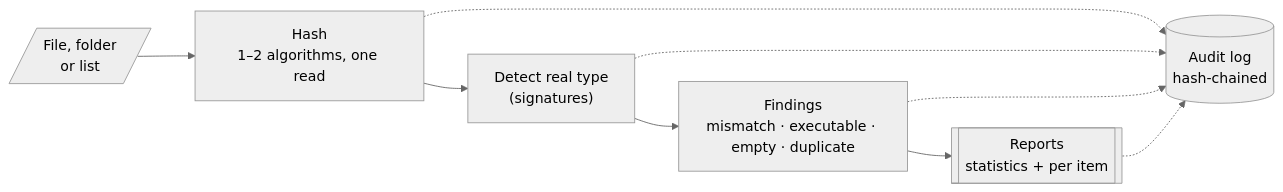
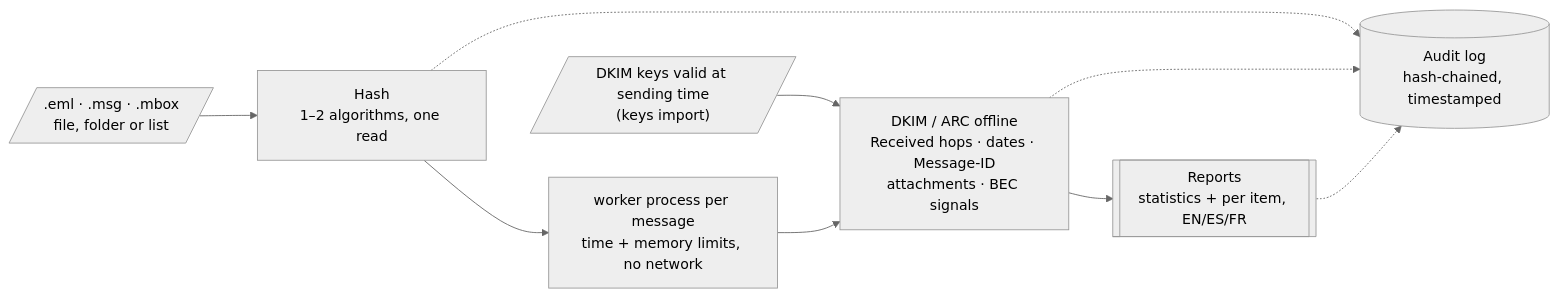
One commit to Panacota96/rv-mailauth changed the first of 2 diagrams in README.md. Above: the diagram before and after it, drawn with Mermaid (neutral theme). The commit also changed other lines of this file and 101 other files, not shown here.

````diff
--- a/README.md
+++ b/README.md
@@ -15,11 +20,11 @@
 ```mermaid
 flowchart LR
-    A[/"File, folder<br/>or list"/] --> B["Hash<br/>1–2 algorithms, one read"]
-    B --> C["Detect real type<br/>(signatures)"]
-    C --> D["Findings<br/>mismatch · executable · empty · duplicate"]
-    D --> E[["Reports<br/>statistics + per item"]]
-    B -.-> L[("Audit log<br/>hash-chained")]
-    C -.-> L
+    A[/".eml · .msg · .mbox<br/>file, folder or list"/] --> B["Hash<br/>1–2 algorithms, one read"]
+    K[/"DKIM keys valid at sending time<br/>(keys import)"/] --> D
+    B --> W["worker process per message<br/>time + memory limits, no network"]
+    W --> D["DKIM / ARC offline<br/>Received hops · dates · Message-ID<br/>attachments · BEC signals"]
+    D --> E[["Reports<br/>statistics + per item, EN/ES/FR"]]
+    B -.-> L[("Audit log<br/>hash-chained, timestamped")]
     D -.-> L
     E -.-> L
 ```
````
